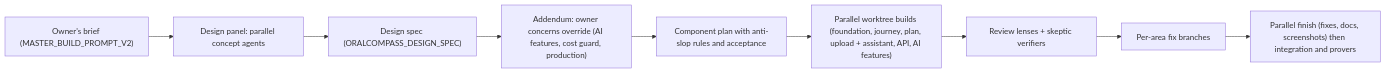
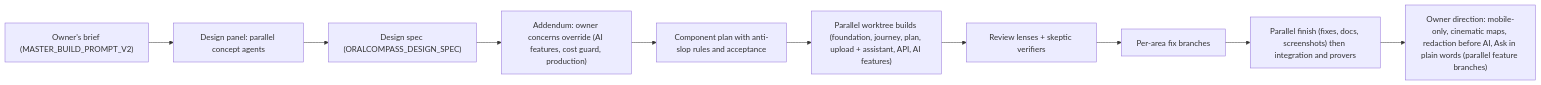
Before and after one commit to ashrit725-beep/oralcompass: the ninth of 9 diagrams in docs/ARCHITECTURE.md, drawn with Mermaid. The commit also changed other lines of this file and 3 other files, not shown here.

First line of the commit message:
docs: mobile-only app, redaction before AI analysis, Ask in plain words

````diff
--- a/docs/ARCHITECTURE.md
+++ b/docs/ARCHITECTURE.md
@@ -160,11 +248,12 @@
 ```mermaid
 flowchart LR
   B["Owner's brief (MASTER_BUILD_PROMPT_V2)"] --> P["Design panel: parallel concept agents"]
   P --> S["Design spec (ORALCOMPASS_DESIGN_SPEC)"]
   S --> AD["Addendum: owner concerns override (AI features, cost guard, production)"]
   AD --> CP["Component plan with anti-slop rules and acceptance"]
   CP --> WB["Parallel worktree builds (foundation, journey, plan, upload + assistant, API, AI features)"]
   WB --> RL["Review lenses + skeptic verifiers"]
   RL --> FX["Per-area fix branches"]
   FX --> FN["Parallel finish (fixes, docs, screenshots) then integration and provers"]
+  FN --> ND["Owner direction: mobile-only, cinematic maps, redaction before AI, Ask in plain words (parallel feature branches)"]
 ```
````
